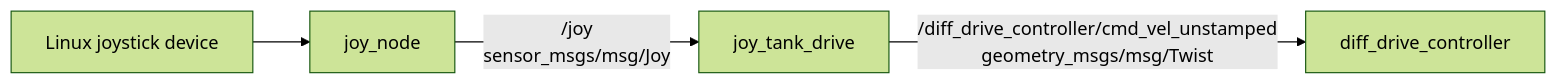
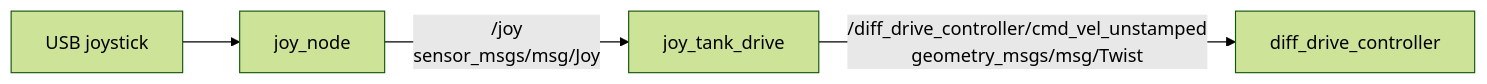
One commit to BILLEE-BroncoSTAR/billee-software-2027 changed the second of 2 diagrams in ros2_ws/src/teleop/README.md. Above: the diagram before and after it, drawn with Mermaid (forest theme). The commit also changed other lines of this file and 3 other files, not shown here.

````diff
--- a/ros2_ws/src/teleop/README.md
+++ b/ros2_ws/src/teleop/README.md
@@ -48,6 +48,6 @@
 ```mermaid
 graph LR
-    H[Linux joystick device] --> J[joy_node]
+    H[USB joystick] --> J[joy_node]
     J -->|/joy\nsensor_msgs/msg/Joy| T[joy_tank_drive]
     T -->|/diff_drive_controller/cmd_vel_unstamped\ngeometry_msgs/msg/Twist| D[diff_drive_controller]
 ```
````
